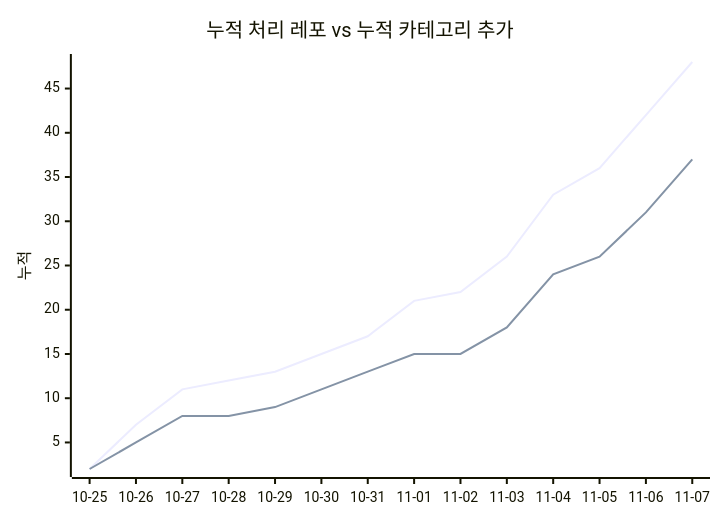
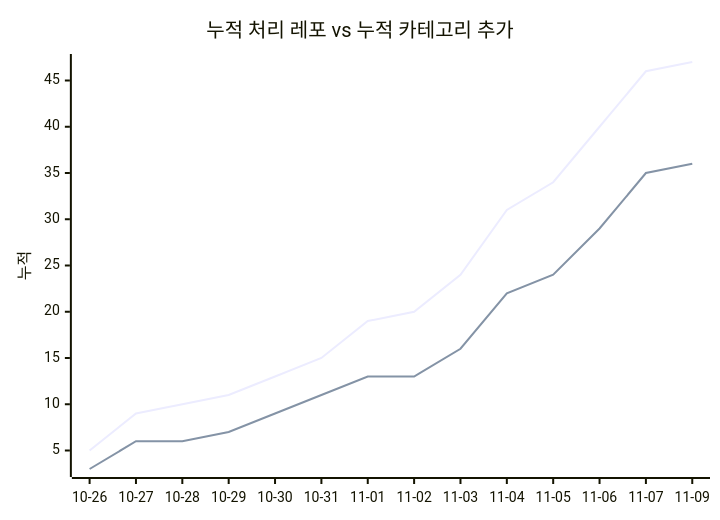
Before and after one commit to J-nowcow/awesome-korean-agent-skills: the second of 2 diagrams in docs/trends.md, drawn with Mermaid. The commit also changed other lines of this file and 4 other files, not shown here.

````diff
--- a/docs/trends.md
+++ b/docs/trends.md
@@ -68,8 +68,8 @@
 ```mermaid
 xychart-beta
     title "누적 처리 레포 vs 누적 카테고리 추가"
-    x-axis ["10-25","10-26","10-27","10-28","10-29","10-30","10-31","11-01","11-02","11-03","11-04","11-05","11-06","11-07"]
+    x-axis ["10-26","10-27","10-28","10-29","10-30","10-31","11-01","11-02","11-03","11-04","11-05","11-06","11-07","11-09"]
     y-axis "누적"
-    line [2,7,11,12,13,15,17,21,22,26,33,36,42,48]
-    line [2,5,8,8,9,11,13,15,15,18,24,26,31,37]
+    line [5,9,10,11,13,15,19,20,24,31,34,40,46,47]
+    line [3,6,6,7,9,11,13,13,16,22,24,29,35,36]
 ```
````
